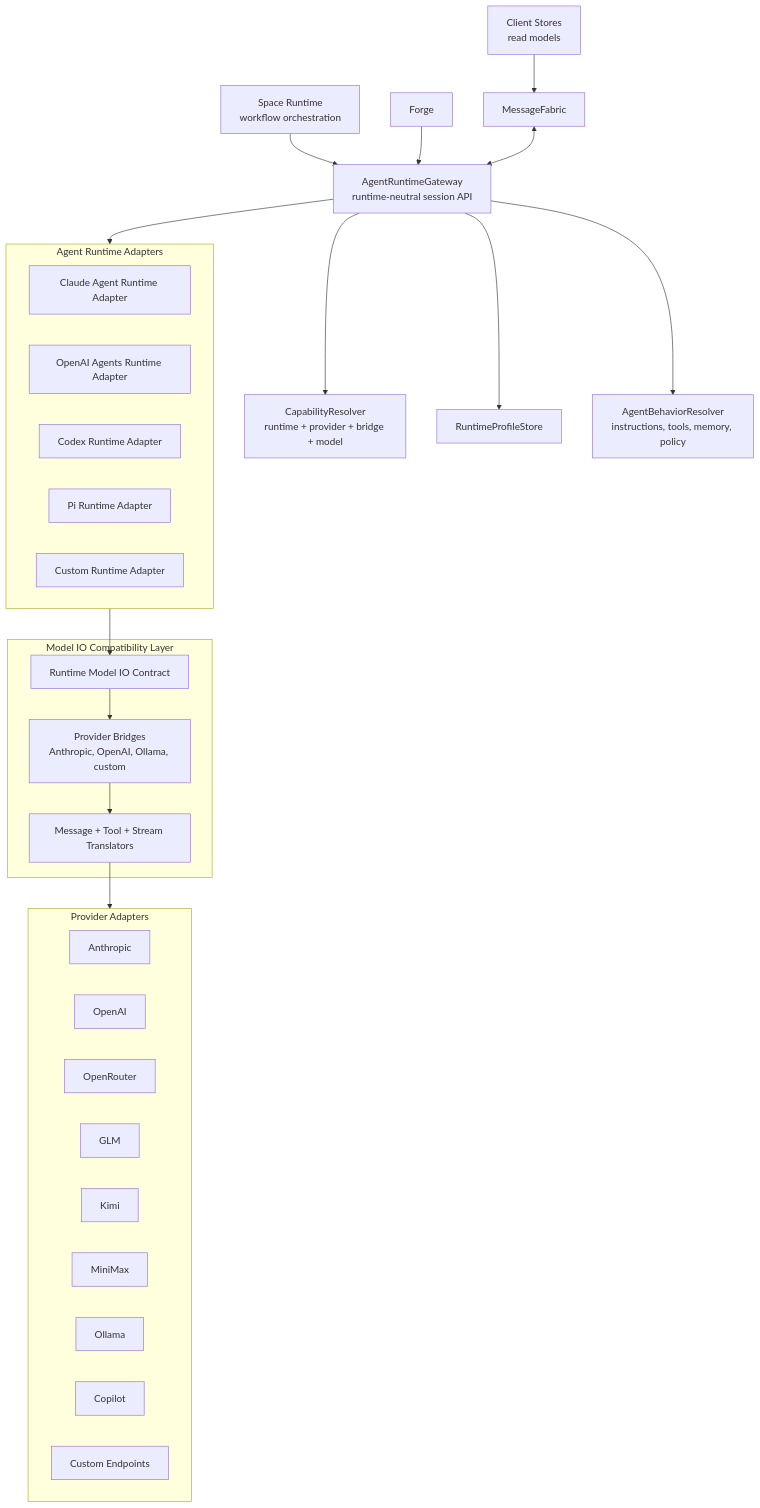
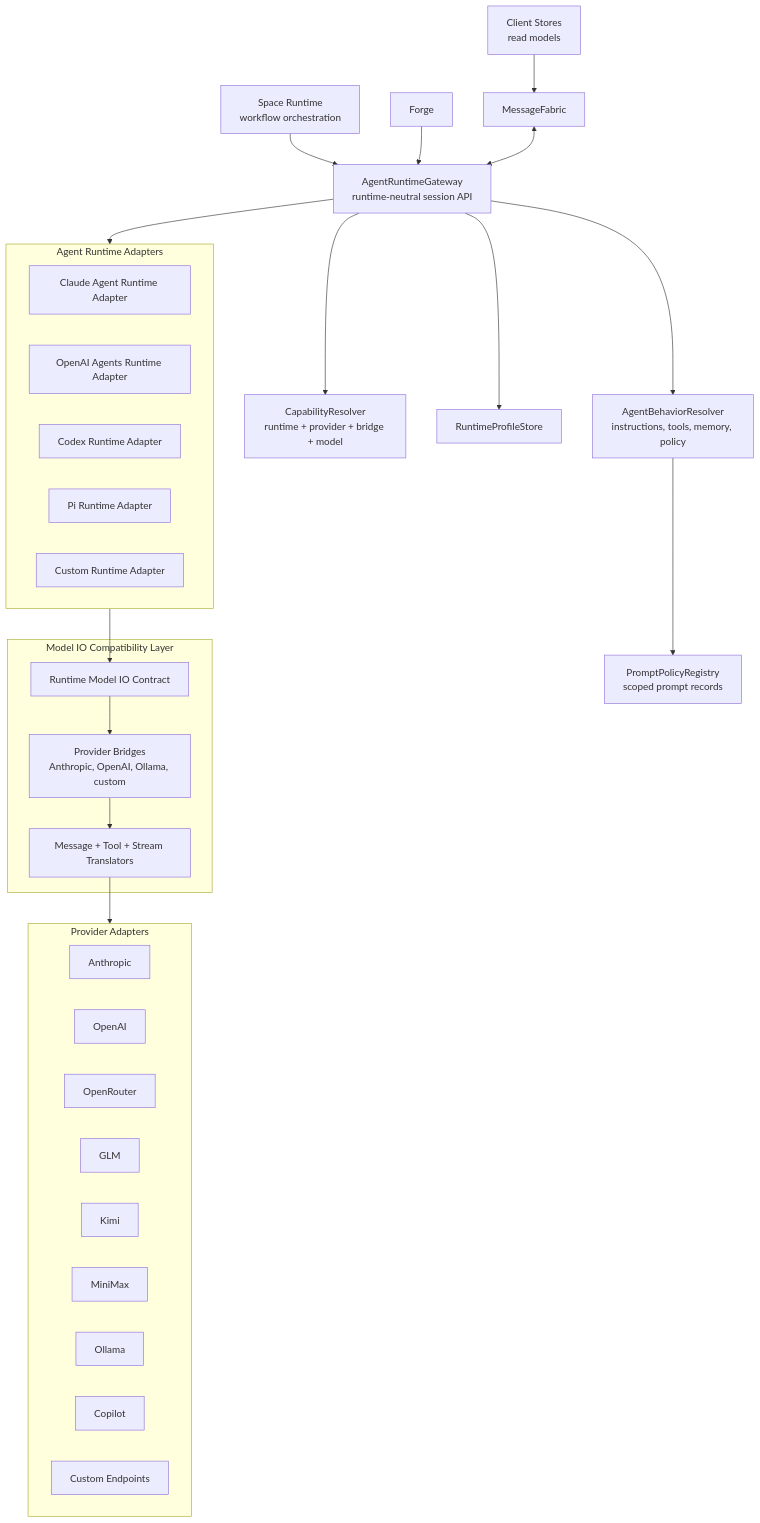
One commit to lsm/HyperNeo changed the first of 2 diagrams in docs/architecture/target-architecture/agent-runtime-and-provider-compatibility.md. Above: the diagram before and after it, drawn with Mermaid. The commit also changed other lines of this file and 6 other files, not shown here.

Commit message:
docs: add prompt policy to target architecture

````diff
--- a/docs/architecture/target-architecture/agent-runtime-and-provider-compatibility.md
+++ b/docs/architecture/target-architecture/agent-runtime-and-provider-compatibility.md
@@ -184,53 +187,55 @@
 ```mermaid
 flowchart TB
   Fabric["MessageFabric"]
   SpaceRuntime["Space Runtime<br/>workflow orchestration"]
   Forge["Forge"]
   ClientStores["Client Stores<br/>read models"]
 
   RuntimeGateway["AgentRuntimeGateway<br/>runtime-neutral session API"]
   CapabilityResolver["CapabilityResolver<br/>runtime + provider + bridge + model"]
   ProfileStore["RuntimeProfileStore"]
   BehaviorResolver["AgentBehaviorResolver<br/>instructions, tools, memory, policy"]
+  PromptPolicy["PromptPolicyRegistry<br/>scoped prompt records"]
 
   subgraph RuntimeAdapters["Agent Runtime Adapters"]
     ClaudeRuntime["Claude Agent Runtime Adapter"]
     OpenAIRuntime["OpenAI Agents Runtime Adapter"]
     CodexRuntime["Codex Runtime Adapter"]
     PiRuntime["Pi Runtime Adapter"]
     CustomRuntime["Custom Runtime Adapter"]
   end
 
   subgraph Compatibility["Model IO Compatibility Layer"]
     RuntimeModelIO["Runtime Model IO Contract"]
     ProviderBridge["Provider Bridges<br/>Anthropic, OpenAI, Ollama, custom"]
     MessageTranslator["Message + Tool + Stream Translators"]
   end
 
   subgraph Providers["Provider Adapters"]
     Anthropic["Anthropic"]
     OpenAI["OpenAI"]
     OpenRouter["OpenRouter"]
     GLM["GLM"]
     Kimi["Kimi"]
     MiniMax["MiniMax"]
     Ollama["Ollama"]
     Copilot["Copilot"]
     CustomProvider["Custom Endpoints"]
   end
 
   SpaceRuntime --> RuntimeGateway
   Forge --> RuntimeGateway
   Fabric <--> RuntimeGateway
   ClientStores --> Fabric
 
   RuntimeGateway --> ProfileStore
   RuntimeGateway --> CapabilityResolver
   RuntimeGateway --> BehaviorResolver
+  BehaviorResolver --> PromptPolicy
   RuntimeGateway --> RuntimeAdapters
 
   RuntimeAdapters --> RuntimeModelIO
   RuntimeModelIO --> ProviderBridge
   ProviderBridge --> MessageTranslator
   MessageTranslator --> Providers
 ```
````
